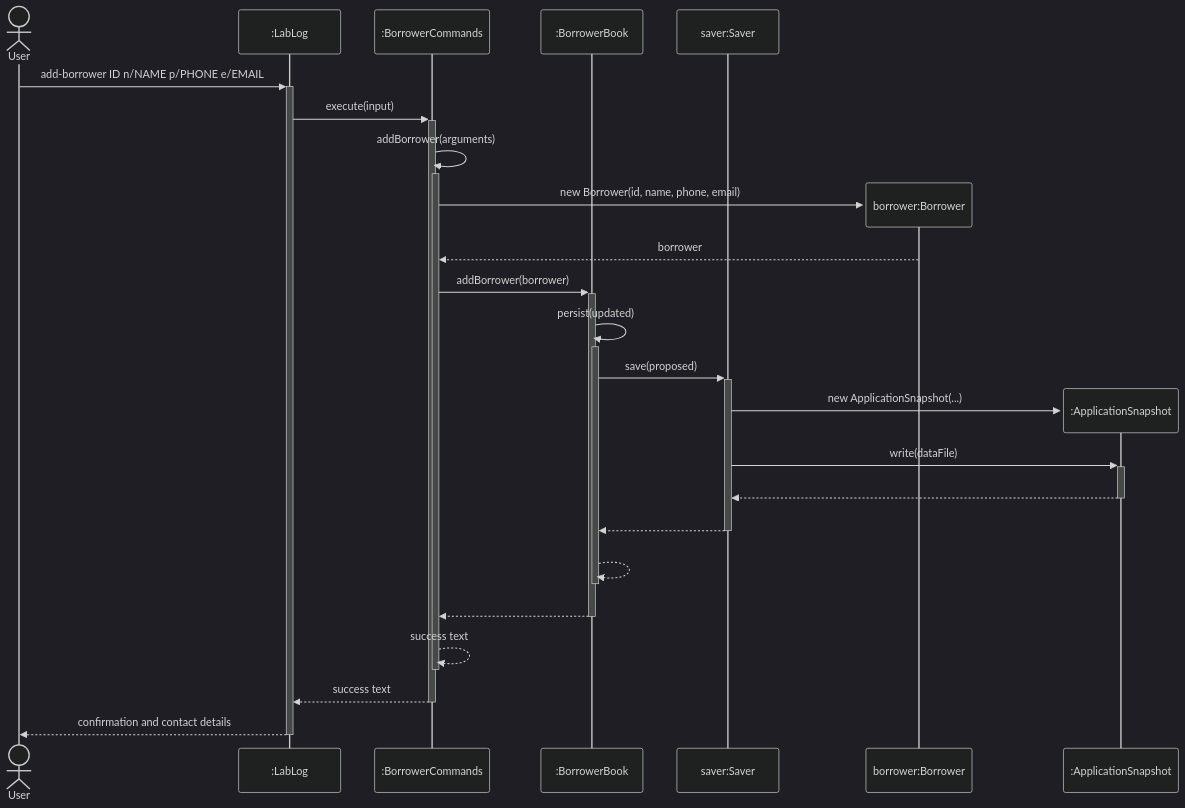
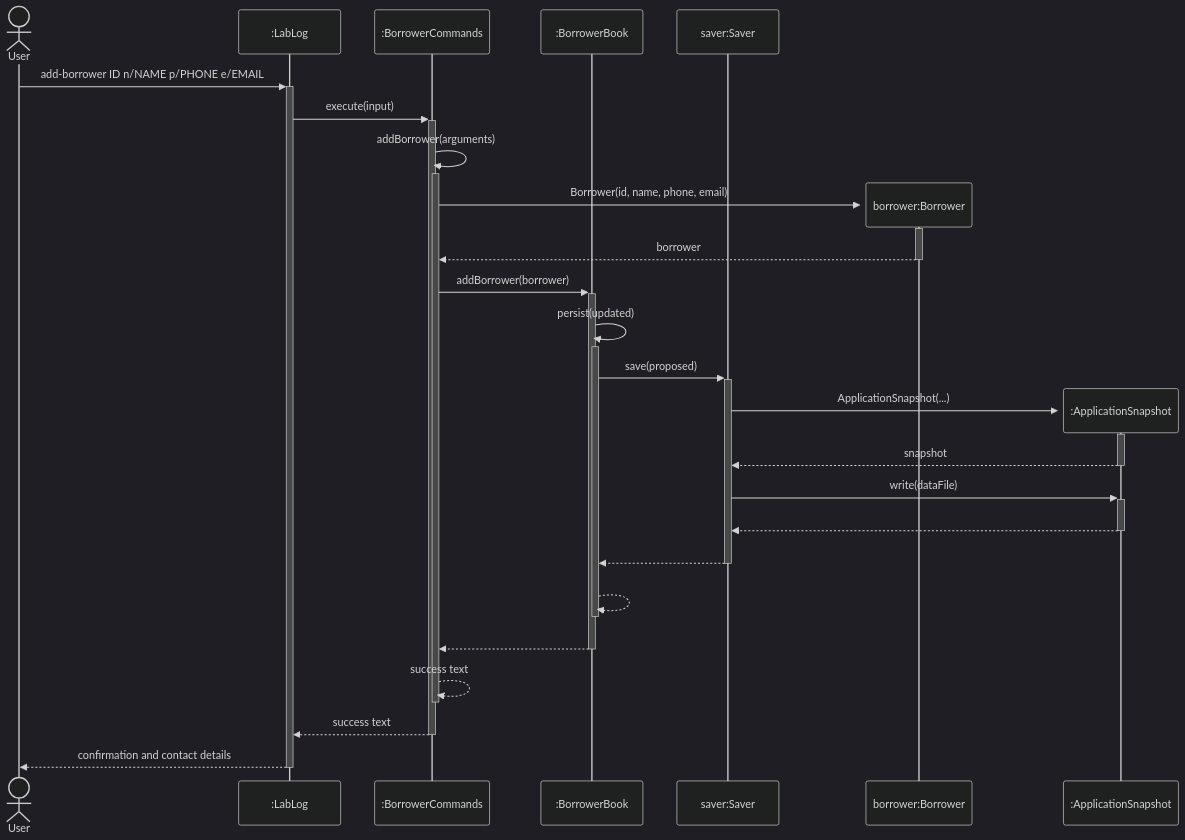
The third of 12 diagrams in docs/DeveloperGuide.md (AY2627S1-CS2113-W13-3/tp), drawn with Mermaid (dark theme) before and after one commit. The commit also changed other lines of this file, not shown here.

First line of the commit message:
Docs: Align DG diagrams with course UML notation

````diff
--- a/docs/DeveloperGuide.md
+++ b/docs/DeveloperGuide.md
@@ -276,27 +276,28 @@
 ```mermaid
 sequenceDiagram
     actor User
     participant CLI as :LabLog
     participant Commands as :BorrowerCommands
     participant Book as :BorrowerBook
     participant Saver as saver:Saver
     User->>+CLI: add-borrower ID n/NAME p/PHONE e/EMAIL
     CLI->>+Commands: execute(input)
     Commands->>+Commands: addBorrower(arguments)
     create participant Record as borrower:Borrower
-    Commands->>Record: new Borrower(id, name, phone, email)
-    Record-->>Commands: borrower
+    Commands->>+Record: Borrower(id, name, phone, email)
+    Record-->>-Commands: borrower
     Commands->>+Book: addBorrower(borrower)
     Book->>+Book: persist(updated)
     Book->>+Saver: save(proposed)
     create participant Snapshot as :ApplicationSnapshot
-    Saver->>Snapshot: new ApplicationSnapshot(...)
+    Saver->>+Snapshot: ApplicationSnapshot(...)
+    Snapshot-->>-Saver: snapshot
     Saver->>+Snapshot: write(dataFile)
     Snapshot-->>-Saver: #nbsp;
     Saver-->>-Book: #nbsp;
     Book-->>-Book: #nbsp;
     Book-->>-Commands: #nbsp;
     Commands-->>-Commands: success text
     Commands-->>-CLI: success text
     CLI-->>-User: confirmation and contact details
 ```
````
